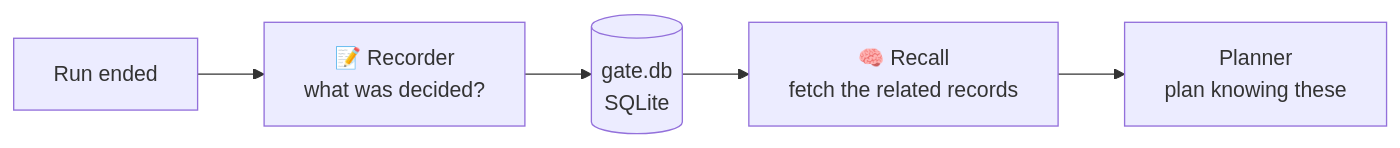
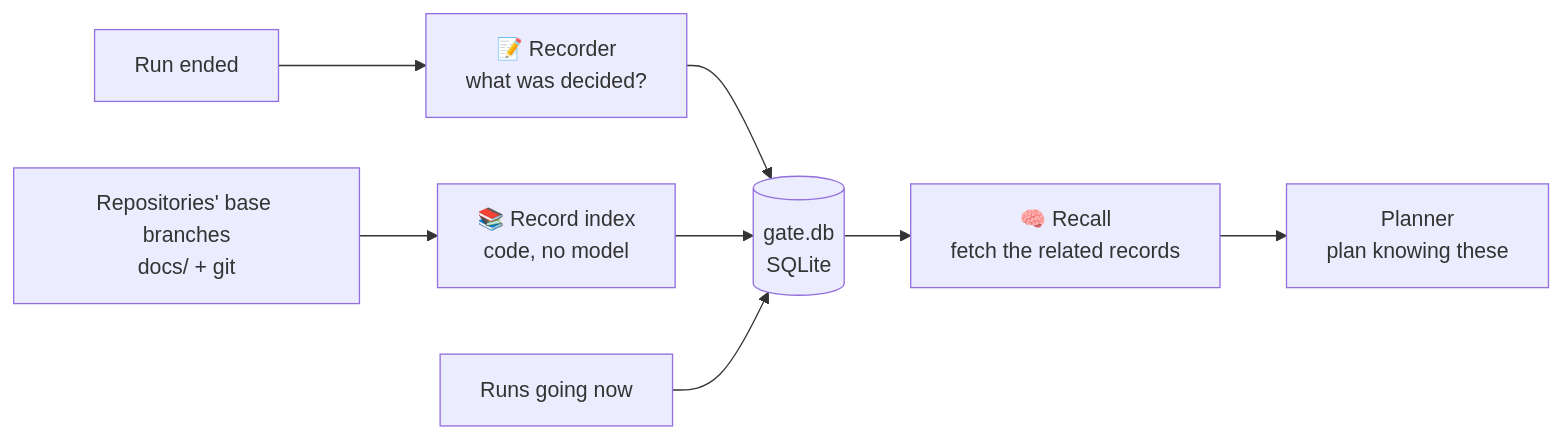
One commit to uguratadargun/gateway changed the first of 5 diagrams in docs/design/memory.md. Above: the diagram before and after it, drawn with Mermaid. The commit also changed other lines of this file and 58 other files, not shown here.

````diff
--- a/docs/design/memory.md
+++ b/docs/design/memory.md
@@ -16,7 +23,10 @@
 ```mermaid
 flowchart LR
   R1["Run ended"] --> REC["📝 Recorder<br/>what was decided?"]
   REC --> DB[("gate.db<br/>SQLite")]
+  G["Repositories' base branches<br/>docs/ + git"] --> IDX["📚 Record index<br/>code, no model"]
+  IDX --> DB
+  RUN["Runs going now"] --> DB
   DB --> RC["🧠 Recall<br/>fetch the related records"]
   RC --> P["Planner<br/>plan knowing these"]
 ```
````
